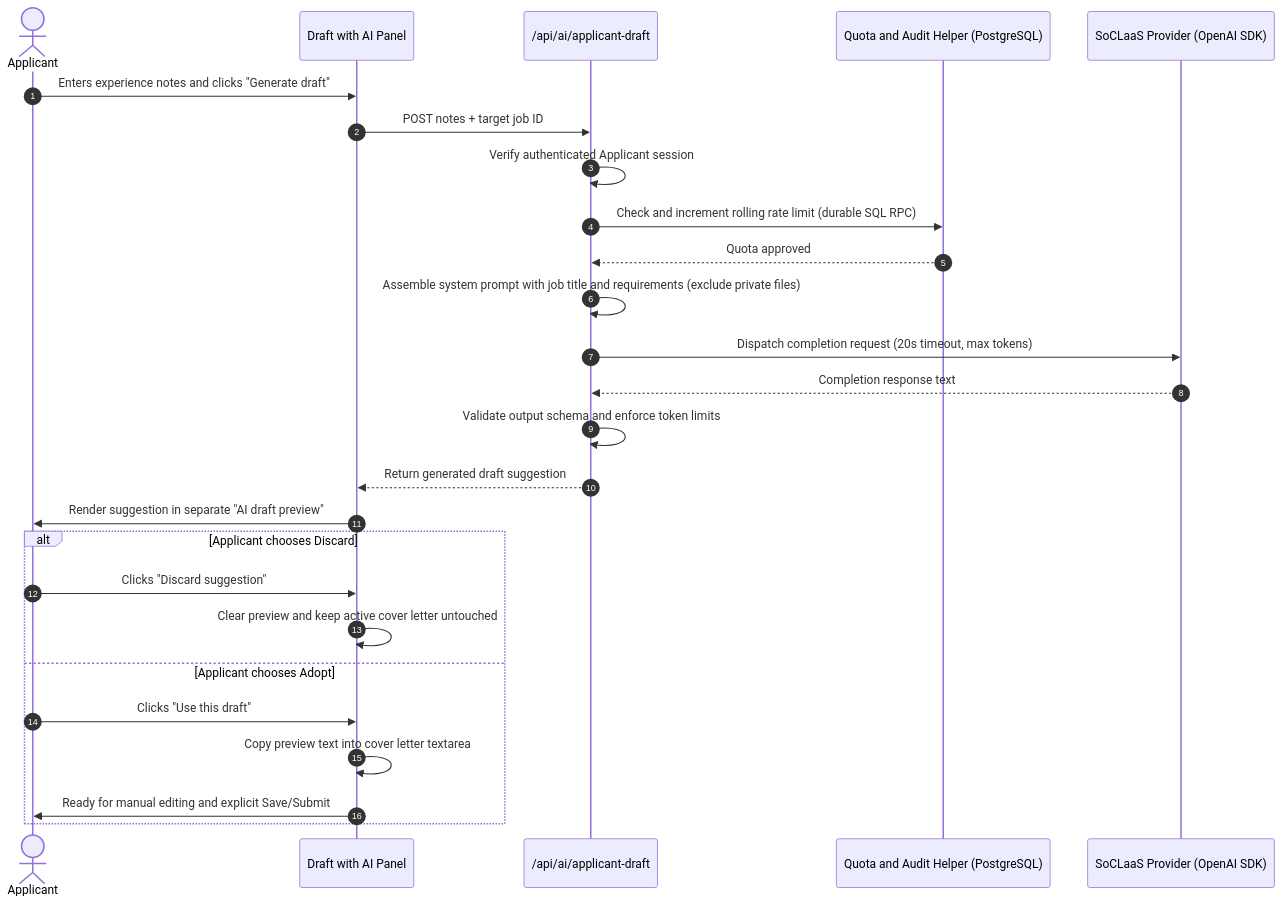
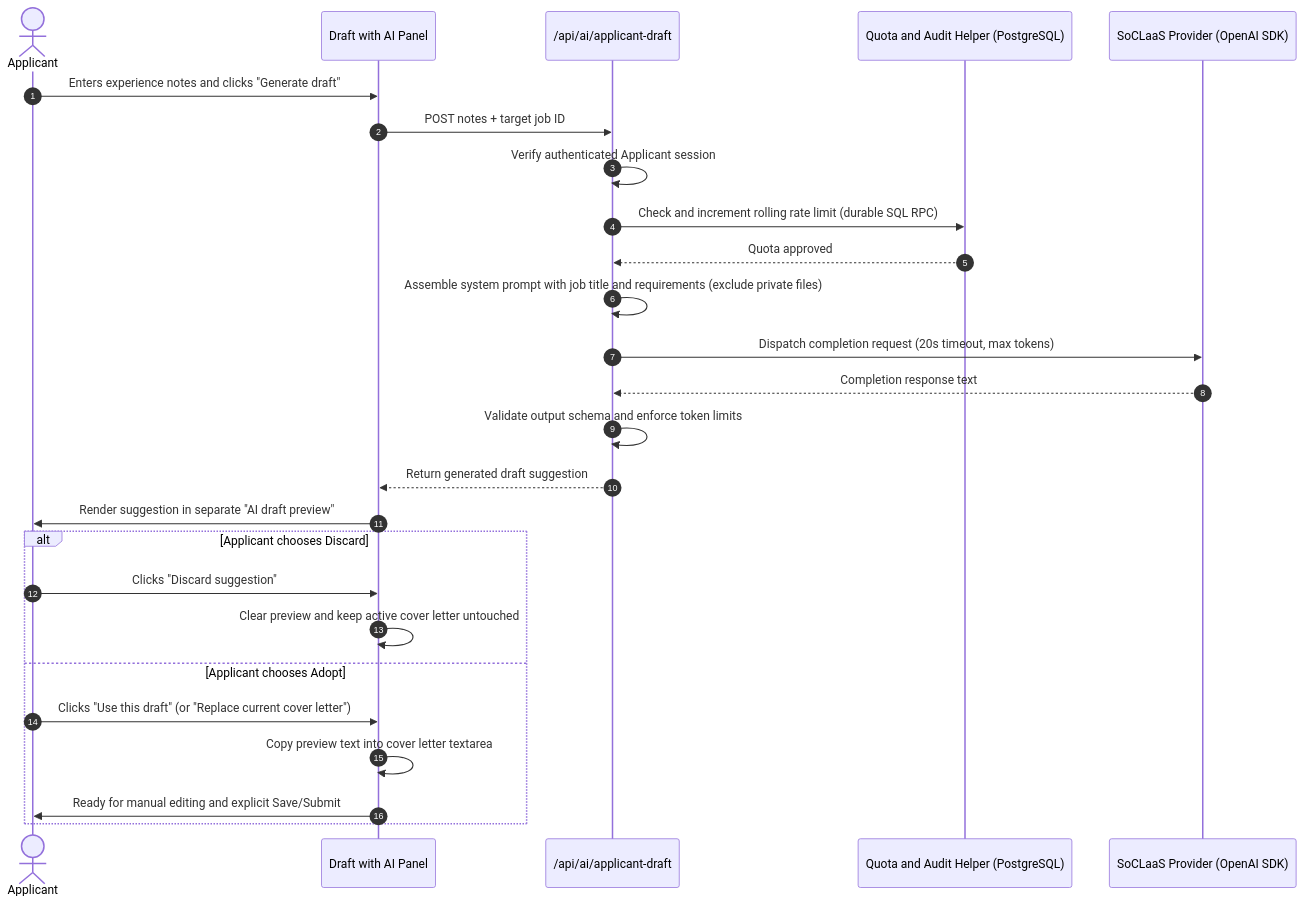
The fifth of 9 diagrams in docs/DeveloperGuide.md (CS3227-2610-MP3-ConnectTalent/CS3227-2610-MP3), drawn with Mermaid before and after one commit. The commit also changed other lines of this file and 9 other files, not shown here.

````diff
--- a/docs/DeveloperGuide.md
+++ b/docs/DeveloperGuide.md
@@ -973,29 +973,29 @@
 ```mermaid
 sequenceDiagram
     autonumber
     actor Applicant
     participant UI as Draft with AI Panel
     participant API as /api/ai/applicant-draft
     participant Quota as Quota and Audit Helper (PostgreSQL)
     participant SoCLaaS as SoCLaaS Provider (OpenAI SDK)
 
     Applicant->>UI: Enters experience notes and clicks "Generate draft"
     UI->>API: POST notes + target job ID
     API->>API: Verify authenticated Applicant session
     API->>Quota: Check and increment rolling rate limit (durable SQL RPC)
     Quota-->>API: Quota approved
     API->>API: Assemble system prompt with job title and requirements (exclude private files)
     API->>SoCLaaS: Dispatch completion request (20s timeout, max tokens)
     SoCLaaS-->>API: Completion response text
     API->>API: Validate output schema and enforce token limits
     API-->>UI: Return generated draft suggestion
     UI->>Applicant: Render suggestion in separate "AI draft preview"
     alt Applicant chooses Discard
         Applicant->>UI: Clicks "Discard suggestion"
         UI->>UI: Clear preview and keep active cover letter untouched
     else Applicant chooses Adopt
-        Applicant->>UI: Clicks "Use this draft"
+        Applicant->>UI: Clicks "Use this draft" (or "Replace current cover letter")
         UI->>UI: Copy preview text into cover letter textarea
         UI->>Applicant: Ready for manual editing and explicit Save/Submit
     end
 ```
````
